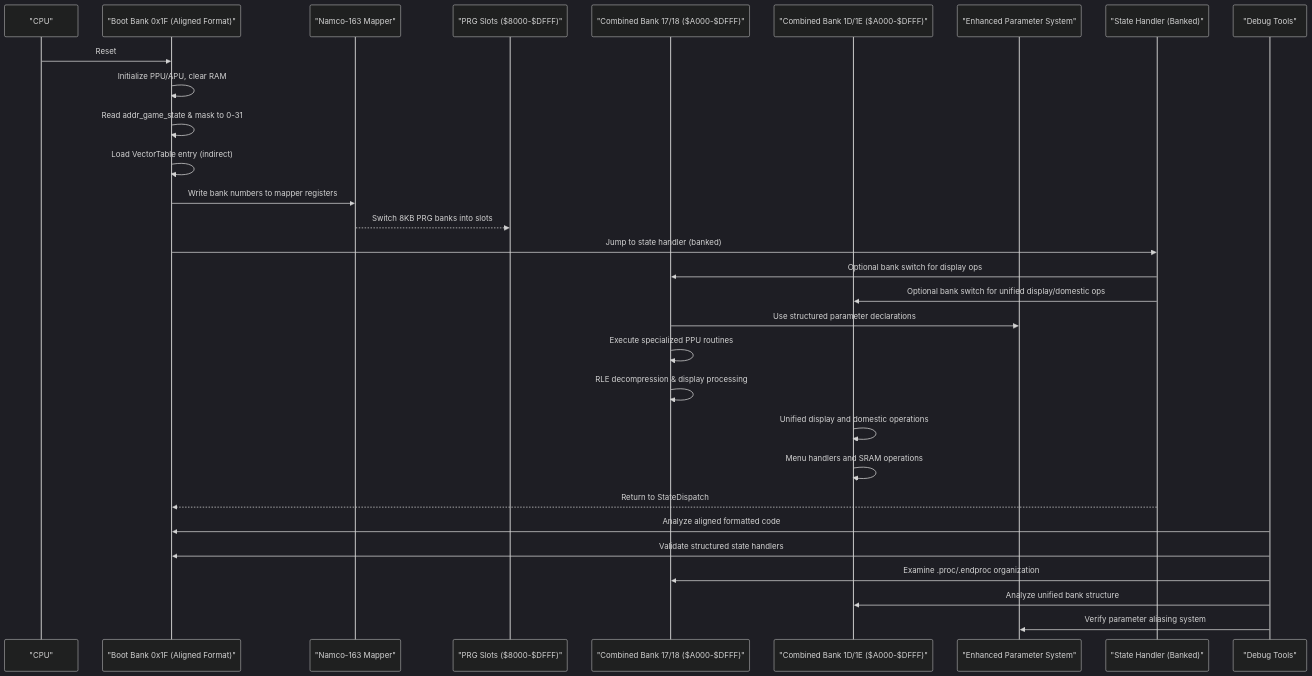
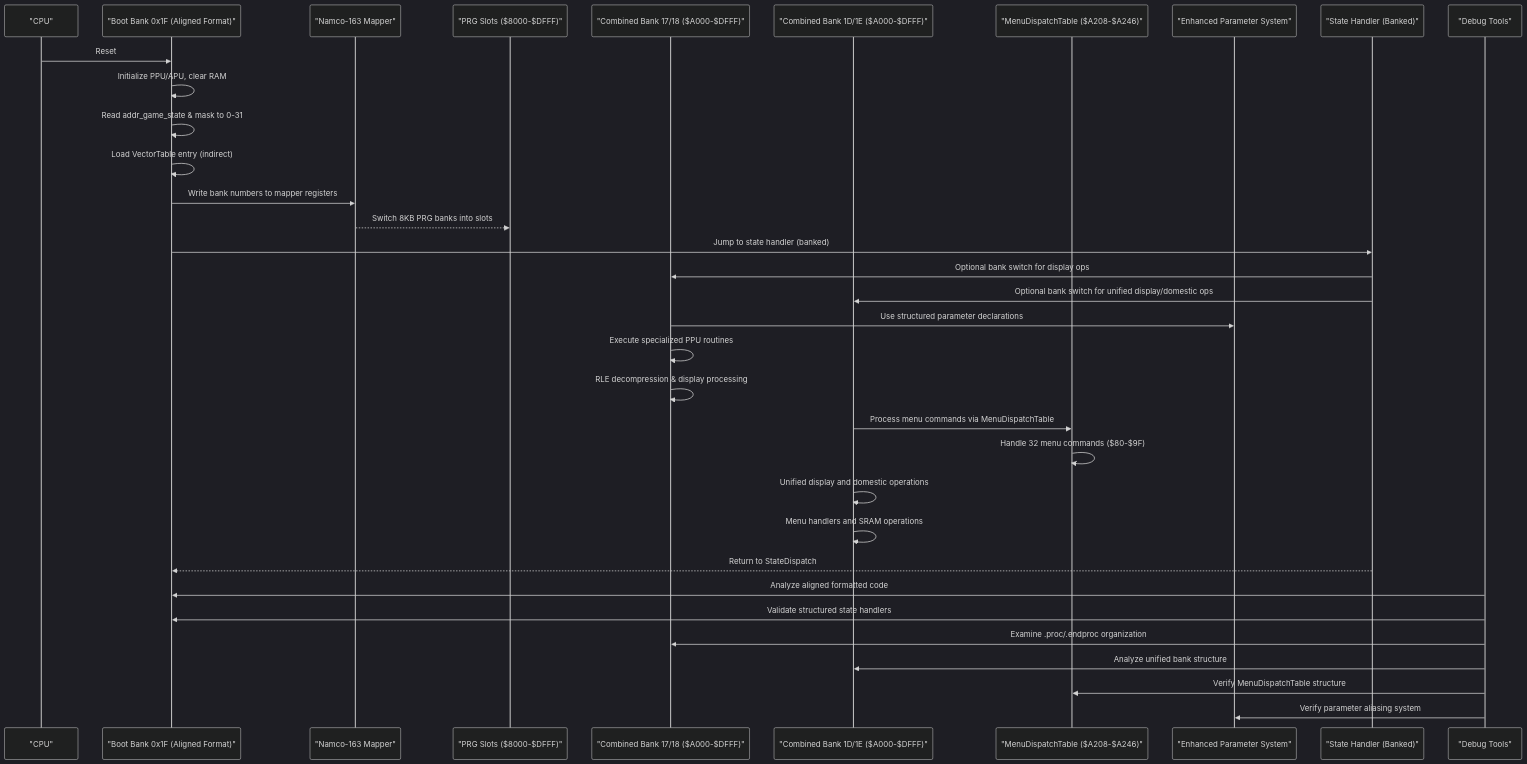
The second of 12 diagrams in .qoder/repowiki/en/content/Assembly Architecture/Assembly Architecture.md (rabbyzero/sango2dasm), drawn with Mermaid (dark theme) before and after one commit. The commit also changed other lines of this file and 10 other files, not shown here.

````diff
--- a/.qoder/repowiki/en/content/Assembly Architecture/Assembly Architecture.md
+++ b/.qoder/repowiki/en/content/Assembly Architecture/Assembly Architecture.md
@@ -162,32 +165,36 @@
 ```mermaid
 sequenceDiagram
 participant CPU as "CPU"
 participant BOOT as "Boot Bank 0x1F (Aligned Format)"
 participant MAP as "Namco-163 Mapper"
 participant SLOTS as "PRG Slots ($8000-$DFFF)"
 participant COMBINED17_18 as "Combined Bank 17/18 ($A000-$DFFF)"
 participant COMBINED1D_1E as "Combined Bank 1D/1E ($A000-$DFFF)"
+participant MENU as "MenuDispatchTable ($A208-$A246)"
 participant PARAMSYS as "Enhanced Parameter System"
 participant STATE as "State Handler (Banked)"
 participant DEBUG as "Debug Tools"
 CPU->>BOOT : Reset
 BOOT->>BOOT : Initialize PPU/APU, clear RAM
 BOOT->>BOOT : Read addr_game_state & mask to 0-31
 BOOT->>BOOT : Load VectorTable entry (indirect)
 BOOT->>MAP : Write bank numbers to mapper registers
 MAP-->>SLOTS : Switch 8KB PRG banks into slots
 BOOT->>STATE : Jump to state handler (banked)
 STATE->>COMBINED17_18 : Optional bank switch for display ops
 STATE->>COMBINED1D_1E : Optional bank switch for unified display/domestic ops
 COMBINED17_18->>PARAMSYS : Use structured parameter declarations
 COMBINED17_18->>COMBINED17_18 : Execute specialized PPU routines
 COMBINED17_18->>COMBINED17_18 : RLE decompression & display processing
+COMBINED1D_1E->>MENU : Process menu commands via MenuDispatchTable
+MENU->>MENU : Handle 32 menu commands ($80-$9F)
 COMBINED1D_1E->>COMBINED1D_1E : Unified display and domestic operations
 COMBINED1D_1E->>COMBINED1D_1E : Menu handlers and SRAM operations
 STATE-->>BOOT : Return to StateDispatch
 DEBUG->>BOOT : Analyze aligned formatted code
 DEBUG->>BOOT : Validate structured state handlers
 DEBUG->>COMBINED17_18 : Examine .proc/.endproc organization
 DEBUG->>COMBINED1D_1E : Analyze unified bank structure
+DEBUG->>MENU : Verify MenuDispatchTable structure
 DEBUG->>PARAMSYS : Verify parameter aliasing system
 ```
````
